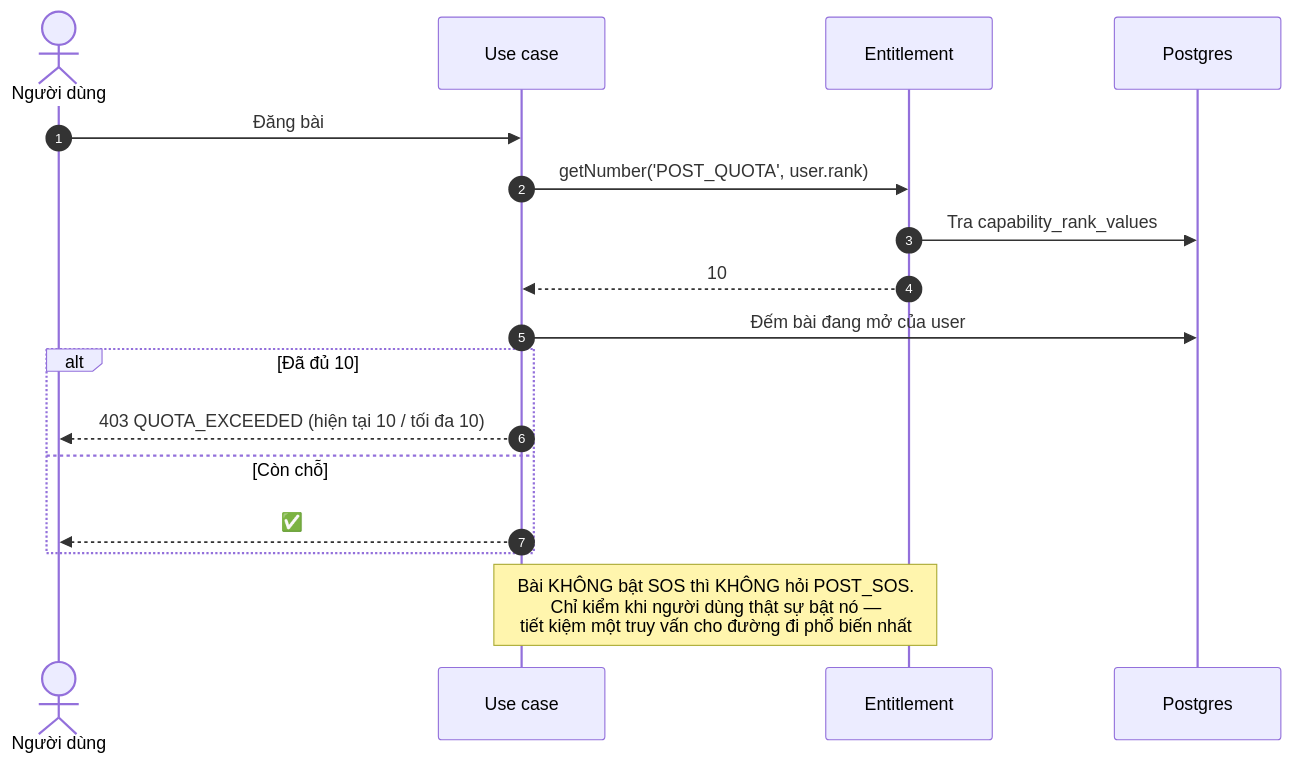
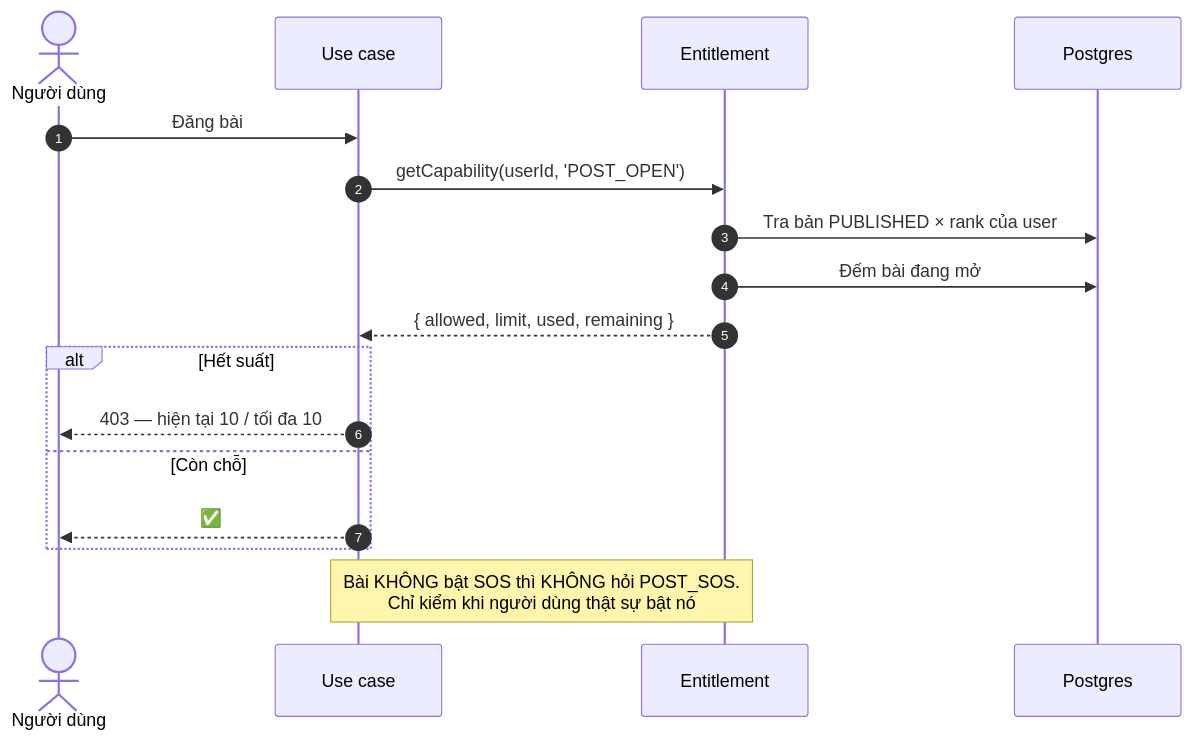
The third of 5 diagrams in docs/diagram/24-entitlement.md (fdshn/trueheart), drawn with Mermaid before and after one commit. The commit also changed other lines of this file and 26 other files, not shown here.

First line of the commit message:
feat(entitlement): bộ đếm thật cho từng capability, chặn hạn mức tự mâu thuẫn, và đường đọc lịch sử

````diff
--- a/docs/diagram/24-entitlement.md
+++ b/docs/diagram/24-entitlement.md
@@ -53,21 +87,21 @@
 ```mermaid
 sequenceDiagram
     autonumber
     actor U as Người dùng
     participant UC as Use case
     participant E as Entitlement
     participant DB as Postgres
 
     U->>UC: Đăng bài
-    UC->>E: getNumber('POST_QUOTA', user.rank)
-    E->>DB: Tra capability_rank_values
-    E-->>UC: 10
-    UC->>DB: Đếm bài đang mở của user
-    alt Đã đủ 10
-        UC-->>U: 403 QUOTA_EXCEEDED (hiện tại 10 / tối đa 10)
+    UC->>E: getCapability(userId, 'POST_OPEN')
+    E->>DB: Tra bản PUBLISHED × rank của user
+    E->>DB: Đếm bài đang mở
+    E-->>UC: { allowed, limit, used, remaining }
+    alt Hết suất
+        UC-->>U: 403 — hiện tại 10 / tối đa 10
     else Còn chỗ
         UC-->>U: ✅
     end
 
-    Note over UC,E: Bài KHÔNG bật SOS thì KHÔNG hỏi POST_SOS.<br/>Chỉ kiểm khi người dùng thật sự bật nó —<br/>tiết kiệm một truy vấn cho đường đi phổ biến nhất
+    Note over UC,E: Bài KHÔNG bật SOS thì KHÔNG hỏi POST_SOS.<br/>Chỉ kiểm khi người dùng thật sự bật nó
 ```
````
